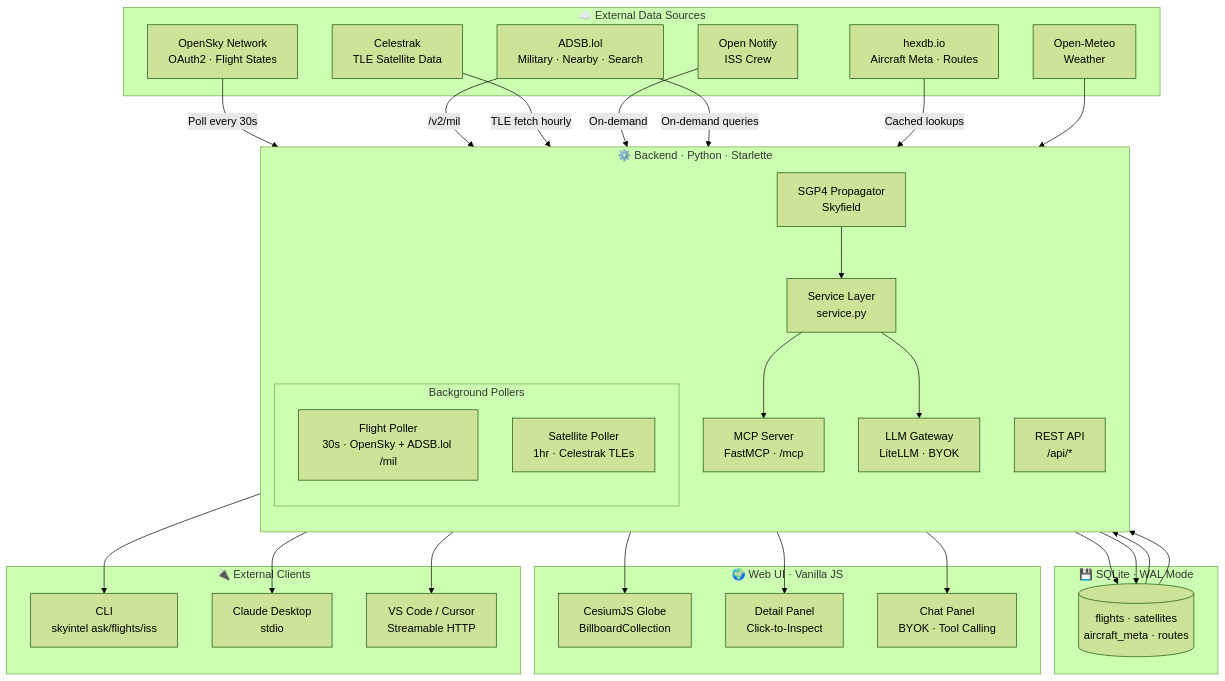
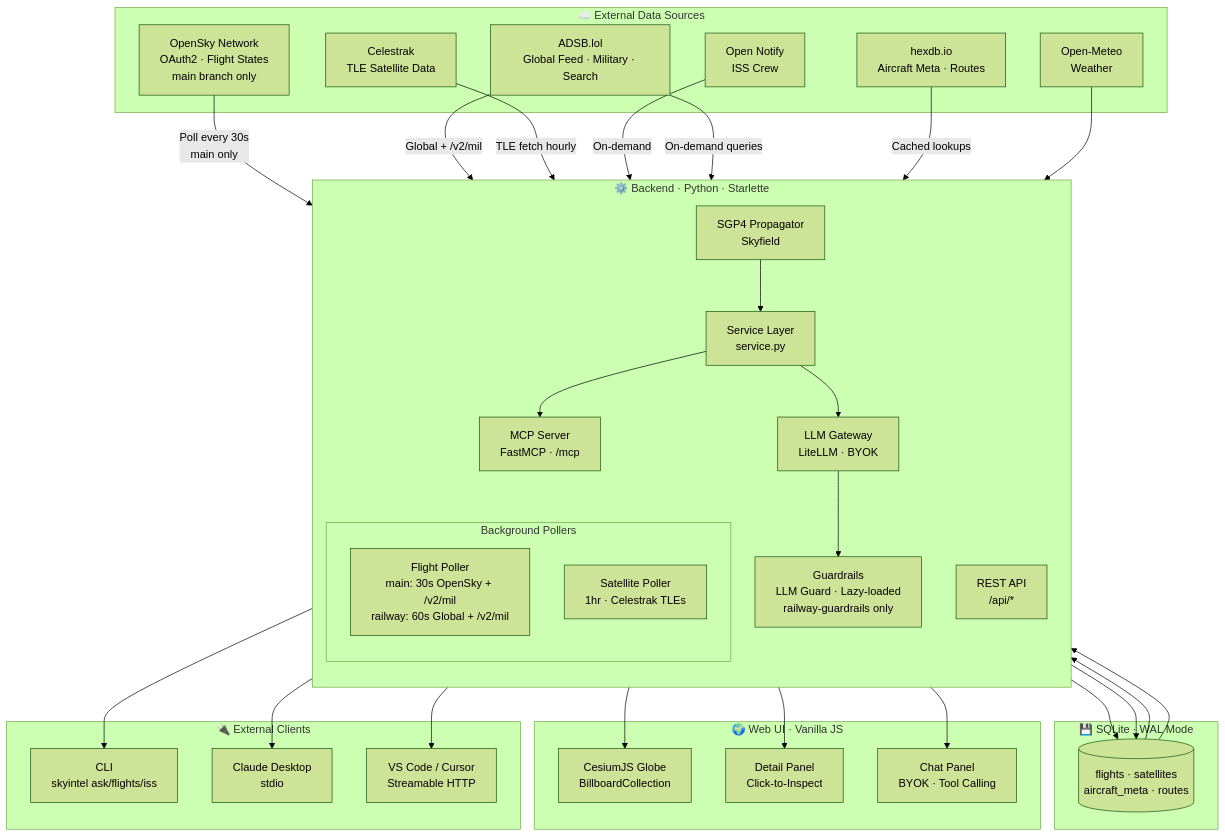
Before and after one commit to 0xchamin/skyintel: the diagram in README.md, drawn with Mermaid (forest theme). The commit also changed other lines of this file, not shown here.

Commit message:
feat: /playground dashboard — Phase 1.1 (system metrics + guardrails monitor)

````diff
--- a/README.md
+++ b/README.md
@@ -60,65 +67,67 @@
 ```mermaid
 graph TB
     subgraph External["☁️ External Data Sources"]
-        OS[OpenSky Network<br/>OAuth2 · Flight States]
-        ADSB[ADSB.lol<br/>Military · Nearby · Search]
+        OS[OpenSky Network<br/>OAuth2 · Flight States<br/>main branch only]
+        ADSB[ADSB.lol<br/>Global Feed · Military · Search]
         CT[Celestrak<br/>TLE Satellite Data]
         HEX[hexdb.io<br/>Aircraft Meta · Routes]
         OM[Open-Meteo<br/>Weather]
         ON[Open Notify<br/>ISS Crew]
     end
 
     subgraph Backend["⚙️ Backend · Python · Starlette"]
         direction TB
         subgraph Pollers["Background Pollers"]
-            FP[Flight Poller<br/>30s · OpenSky + ADSB.lol /mil]
+            FP[Flight Poller<br/>main: 30s OpenSky + /v2/mil<br/>railway: 60s Global + /v2/mil]
             SP[Satellite Poller<br/>1hr · Celestrak TLEs]
         end
         SVC[Service Layer<br/>service.py]
         API[REST API<br/>/api/*]
         MCP[MCP Server<br/>FastMCP · /mcp]
         GW[LLM Gateway<br/>LiteLLM · BYOK]
+        GR[Guardrails<br/>LLM Guard · Lazy-loaded<br/>railway-guardrails only]
         PROP[SGP4 Propagator<br/>Skyfield]
     end
 
     subgraph Storage["💾 SQLite · WAL Mode"]
         DB[(flights · satellites<br/>aircraft_meta · routes)]
     end
 
     subgraph Frontend["🌍 Web UI · Vanilla JS"]
         GLOBE[CesiumJS Globe<br/>BillboardCollection]
         DETAIL[Detail Panel<br/>Click-to-Inspect]
         CHAT[Chat Panel<br/>BYOK · Tool Calling]
     end
 
     subgraph Clients["🔌 External Clients"]
         CLI[CLI<br/>skyintel ask/flights/iss]
         CD[Claude Desktop<br/>stdio]
         VS[VS Code / Cursor<br/>Streamable HTTP]
     end
 
-    OS -->|Poll every 30s| FP
-    ADSB -->|/v2/mil| FP
+    OS -->|Poll every 30s<br/>main only| FP
+    ADSB -->|Global + /v2/mil| FP
     CT -->|TLE fetch hourly| SP
     ON -->|On-demand| SVC
     FP --> DB
     SP --> DB
 
     DB --> API
     DB --> SVC
     ADSB -->|On-demand queries| SVC
     HEX -->|Cached lookups| SVC
     OM --> SVC
     PROP --> SVC
 
     SVC --> MCP
     SVC --> GW
     SVC --> CLI
+    GW --> GR
 
     API --> GLOBE
     API --> DETAIL
     GW --> CHAT
 
     MCP --> CD
     MCP --> VS
 ```
````
